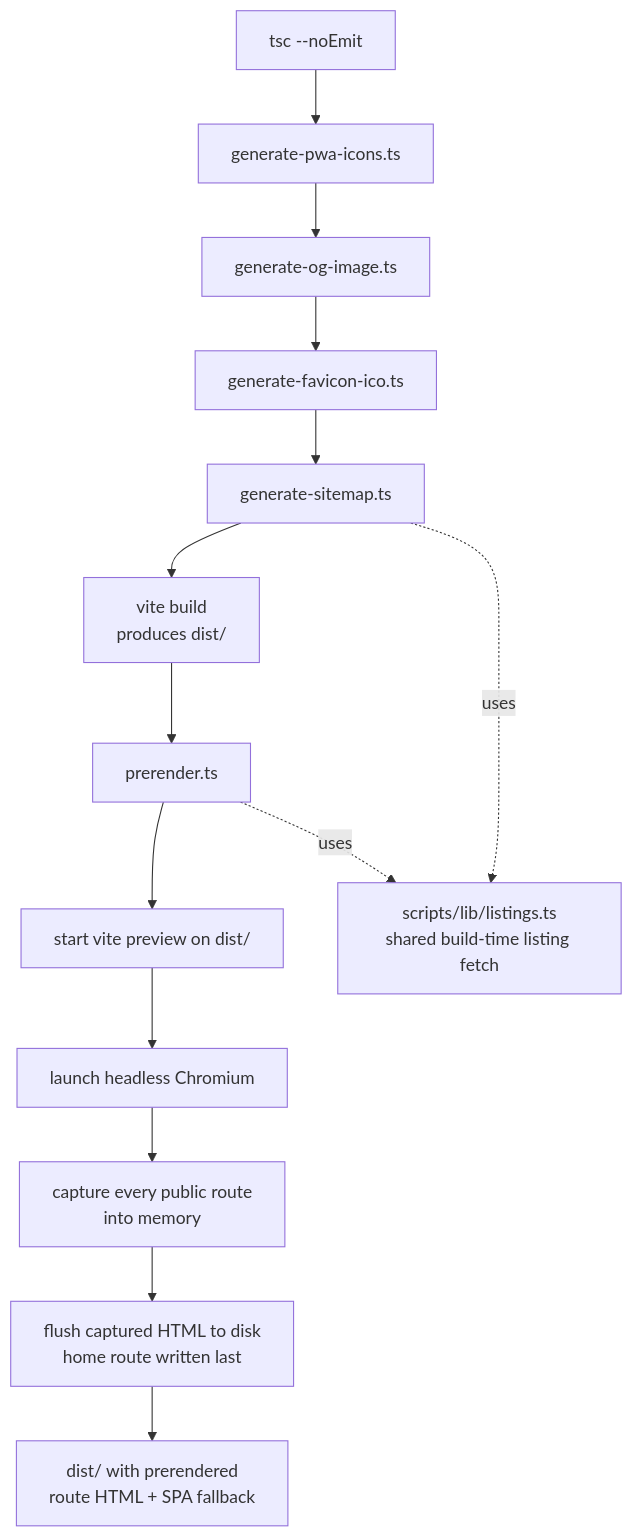
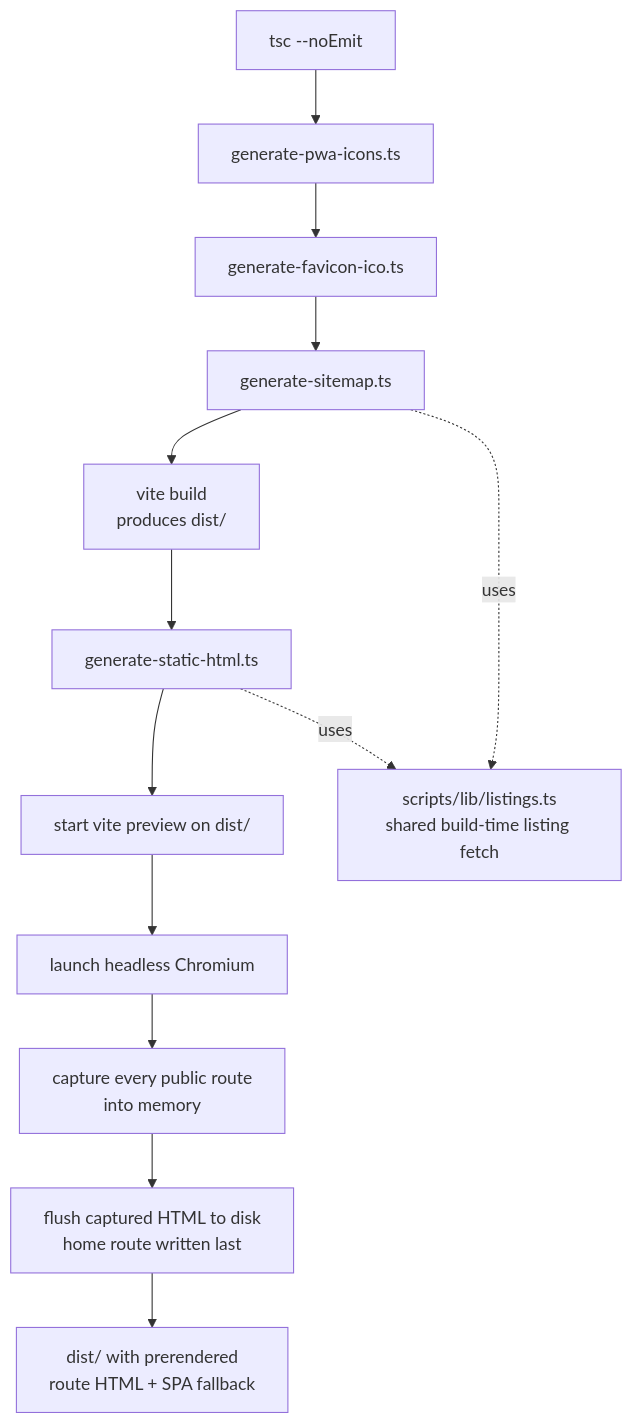
Before and after one commit to 360ghar/360-flatmates-web: the diagram in .wiki/features/seo-prerendering.md, drawn with Mermaid. The commit also changed other lines of this file and 35 other files, not shown here.

````diff
--- a/.wiki/features/seo-prerendering.md
+++ b/.wiki/features/seo-prerendering.md
@@ -59,17 +59,16 @@
 ```mermaid
 flowchart TD
     A["tsc --noEmit"] --> B["generate-pwa-icons.ts"]
-    B --> C["generate-og-image.ts"]
-    C --> D["generate-favicon-ico.ts"]
+    B --> D["generate-favicon-ico.ts"]
     D --> E["generate-sitemap.ts"]
     E --> F["vite build\nproduces dist/"]
-    F --> G["prerender.ts"]
+    F --> G["generate-static-html.ts"]
     G --> G1["start vite preview on dist/"]
     G1 --> G2["launch headless Chromium"]
     G2 --> G3["capture every public route\ninto memory"]
     G3 --> G4["flush captured HTML to disk\nhome route written last"]
     G4 --> H["dist/ with prerendered\nroute HTML + SPA fallback"]
 
     E -.uses.-> L["scripts/lib/listings.ts\nshared build-time listing fetch"]
     G -.uses.-> L
 ```
````
